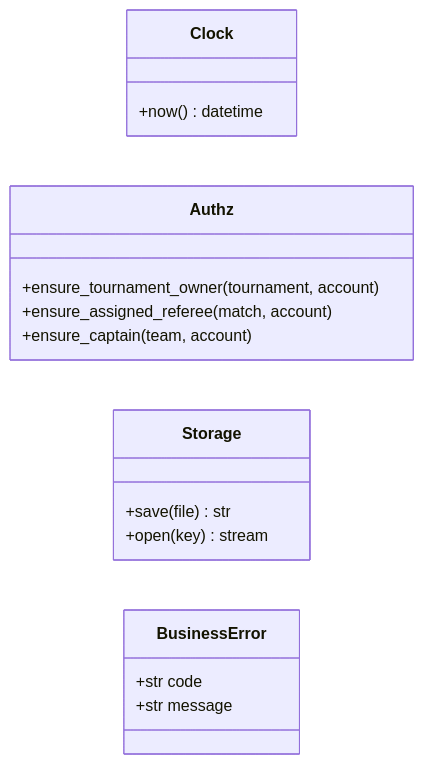
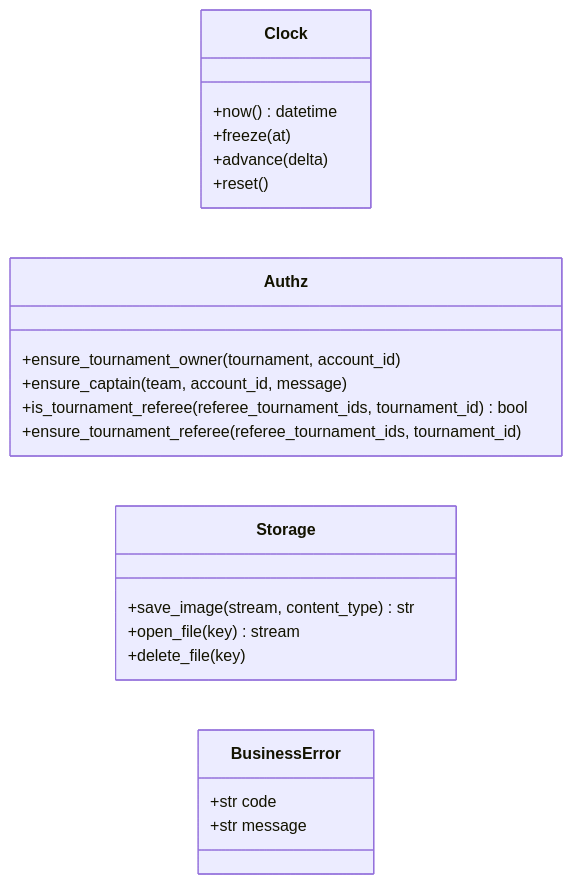
Before and after one commit to Team14good/esport-platform: the third of 15 diagrams in docs/midterm/D-物件設計文件.md, drawn with Mermaid. The commit also changed other lines of this file and 14 other files, not shown here.

````diff
--- a/docs/midterm/D-物件設計文件.md
+++ b/docs/midterm/D-物件設計文件.md
@@ -105,20 +112,25 @@
 ```mermaid
 classDiagram
   direction LR
   class Clock {
     +now() datetime
+    +freeze(at)
+    +advance(delta)
+    +reset()
   }
   class Authz {
-    +ensure_tournament_owner(tournament, account)
-    +ensure_assigned_referee(match, account)
-    +ensure_captain(team, account)
+    +ensure_tournament_owner(tournament, account_id)
+    +ensure_captain(team, account_id, message)
+    +is_tournament_referee(referee_tournament_ids, tournament_id) bool
+    +ensure_tournament_referee(referee_tournament_ids, tournament_id)
   }
   class Storage {
-    +save(file) str
-    +open(key) stream
+    +save_image(stream, content_type) str
+    +open_file(key) stream
+    +delete_file(key)
   }
   class BusinessError {
     +str code
     +str message
   }
 ```
````
